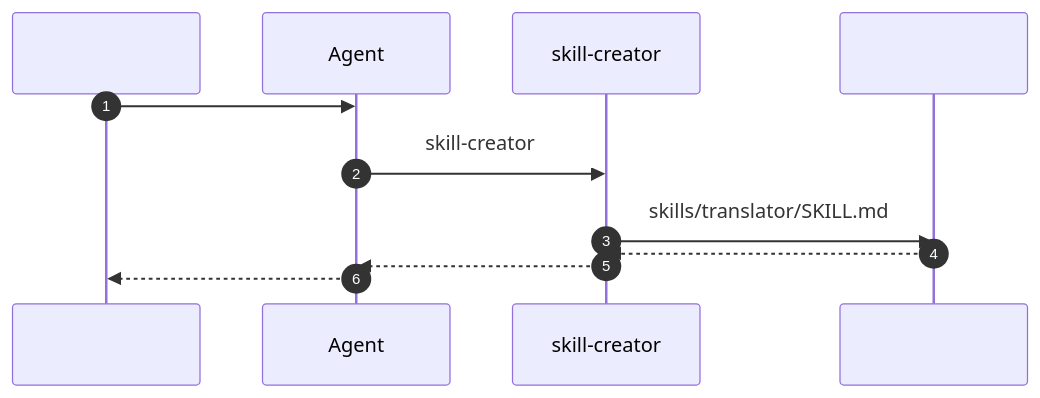
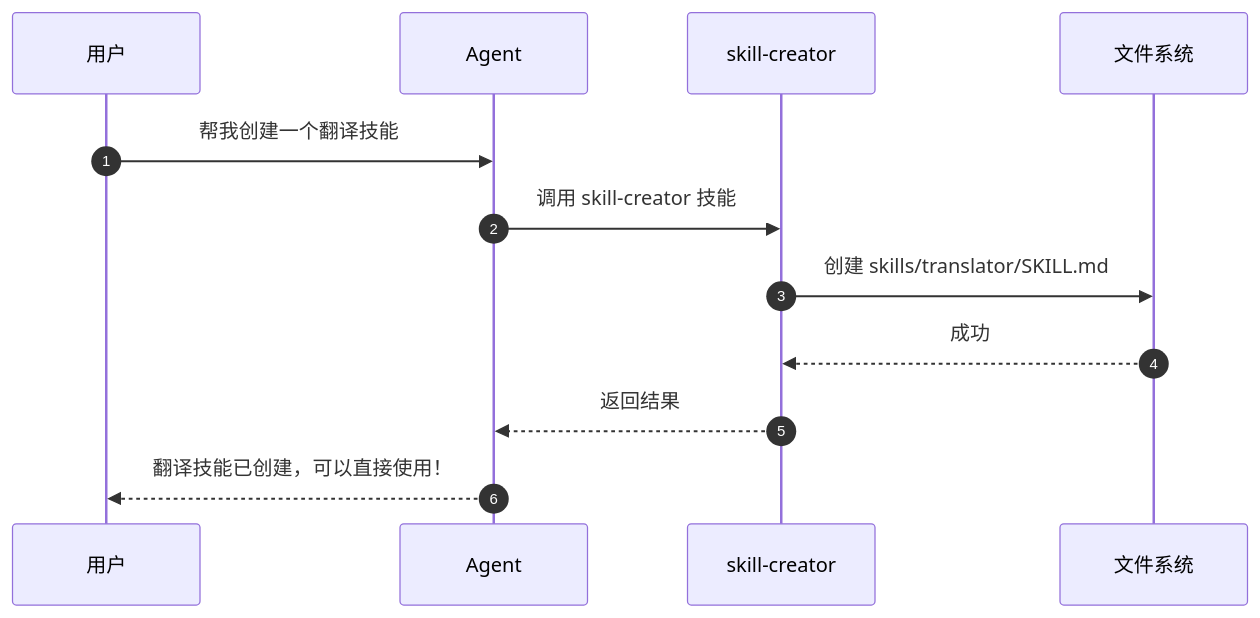
The second of 4 diagrams in docs/zh-CN/guide/extension.md (xt765/FinchBot), drawn with Mermaid before and after one commit. The commit also changed other lines of this file and 10 other files, not shown here.

````diff
--- a/docs/zh-CN/guide/extension.md
+++ b/docs/zh-CN/guide/extension.md
@@ -139,15 +139,15 @@
 ```mermaid
 sequenceDiagram
     autonumber
-    participant U as 
+    participant U as 用户
     participant A as Agent
     participant S as skill-creator
-    participant F as 
+    participant F as 文件系统
 
-    U->>A: 
-    A->>S:  skill-creator 
-    S->>F:  skills/translator/SKILL.md
-    F-->>S: 
-    S-->>A: 
-    A-->>U: 
+    U->>A: 帮我创建一个翻译技能
+    A->>S: 调用 skill-creator 技能
+    S->>F: 创建 skills/translator/SKILL.md
+    F-->>S: 成功
+    S-->>A: 返回结果
+    A-->>U: 翻译技能已创建，可以直接使用！
 ```
````
